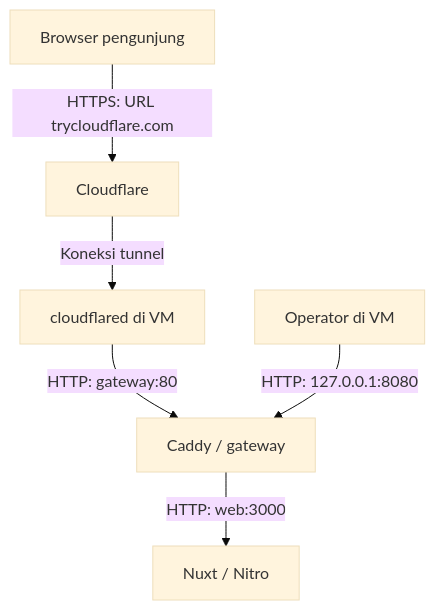
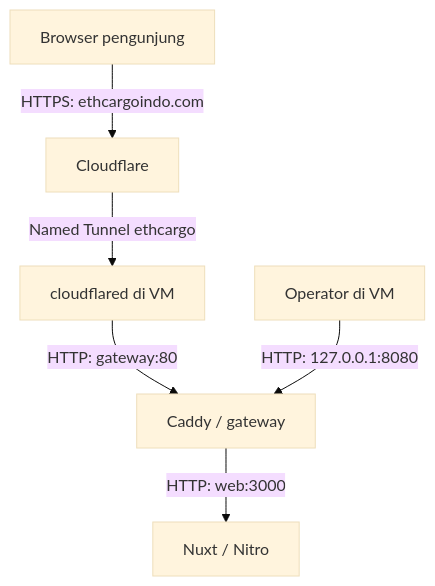
One commit to ETH-APPS/eth-web changed the first of 2 diagrams in deploy/README.md. Above: the diagram before and after it, drawn with Mermaid (base theme). The commit also changed other lines of this file and 4 other files, not shown here.

Commit message:
chore(deploy): switch web deployment to named tunnel

````diff
--- a/deploy/README.md
+++ b/deploy/README.md
@@ -118,8 +134,8 @@
 ```mermaid
 flowchart TD
-    visitor[Browser pengunjung] -->|HTTPS: URL trycloudflare.com| edge[Cloudflare]
-    edge -->|Koneksi tunnel| tunnel[cloudflared di VM]
+    visitor[Browser pengunjung] -->|HTTPS: ethcargoindo.com| edge[Cloudflare]
+    edge -->|Named Tunnel ethcargo| tunnel[cloudflared di VM]
     tunnel -->|HTTP: gateway:80| gateway[Caddy / gateway]
     gateway -->|HTTP: web:3000| web[Nuxt / Nitro]
     operator[Operator di VM] -->|HTTP: 127.0.0.1:8080| gateway
 ```
````
